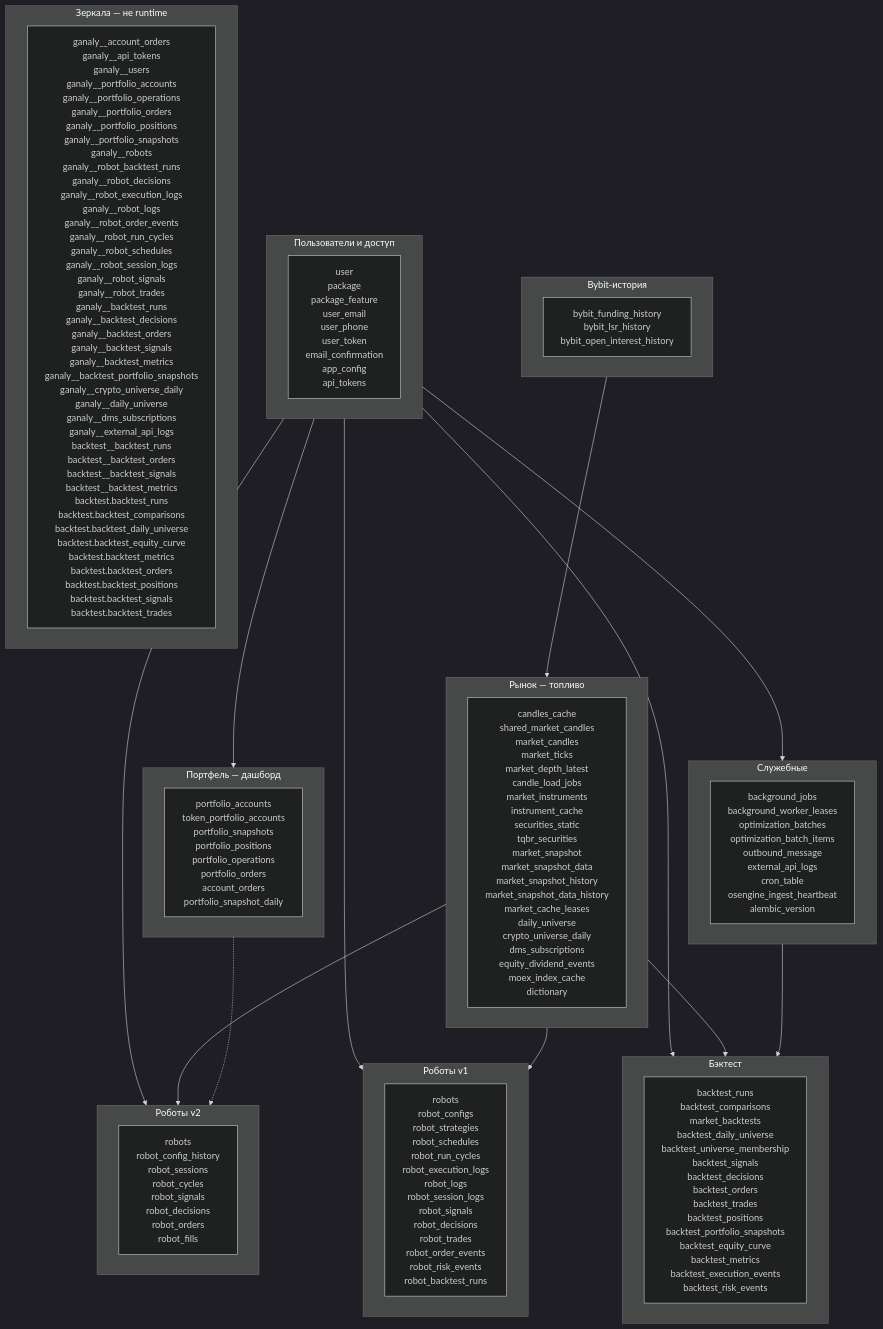
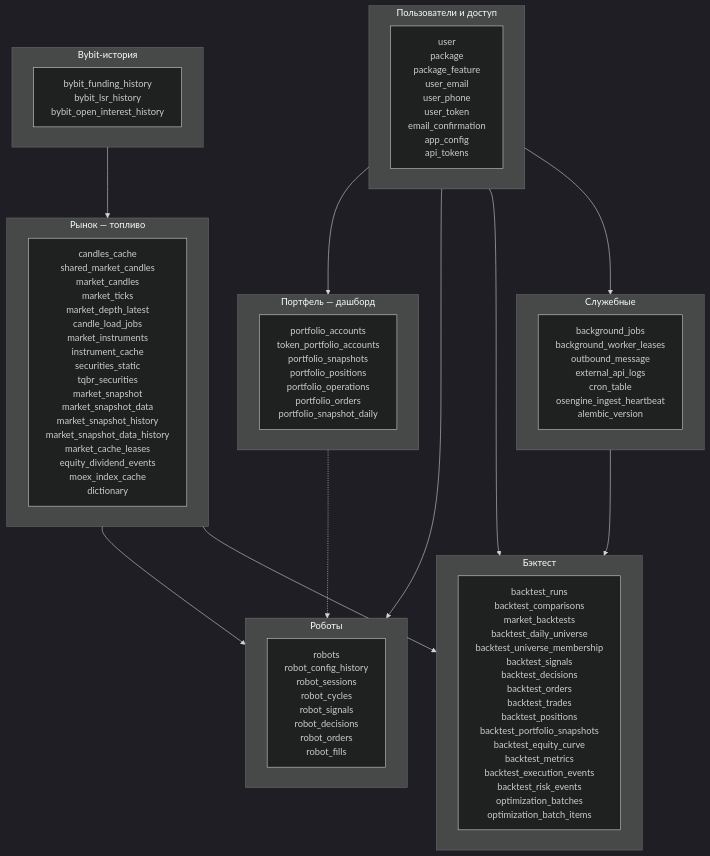
The first of 2 diagrams in docs/db/Текущая база данных.md (GYankovich/gin), drawn with Mermaid (dark theme) before and after one commit. The commit also changed other lines of this file and 28 other files, not shown here.

````diff
--- a/docs/db/Текущая база данных.md
+++ b/docs/db/Текущая база данных.md
@@ -49,50 +47,40 @@
 ```mermaid
 flowchart TB
   subgraph Access["Пользователи и доступ"]
     ACC["user<br/>package<br/>package_feature<br/>user_email<br/>user_phone<br/>user_token<br/>email_confirmation<br/>app_config<br/>api_tokens"]
   end
 
   subgraph Portfolio["Портфель — дашборд"]
-    PA["portfolio_accounts<br/>token_portfolio_accounts<br/>portfolio_snapshots<br/>portfolio_positions<br/>portfolio_operations<br/>portfolio_orders<br/>account_orders<br/>portfolio_snapshot_daily"]
+    PA["portfolio_accounts<br/>token_portfolio_accounts<br/>portfolio_snapshots<br/>portfolio_positions<br/>portfolio_operations<br/>portfolio_orders<br/>portfolio_snapshot_daily"]
   end
 
   subgraph Market["Рынок — топливо"]
-    MKT["candles_cache<br/>shared_market_candles<br/>market_candles<br/>market_ticks<br/>market_depth_latest<br/>candle_load_jobs<br/>market_instruments<br/>instrument_cache<br/>securities_static<br/>tqbr_securities<br/>market_snapshot<br/>market_snapshot_data<br/>market_snapshot_history<br/>market_snapshot_data_history<br/>market_cache_leases<br/>daily_universe<br/>crypto_universe_daily<br/>dms_subscriptions<br/>equity_dividend_events<br/>moex_index_cache<br/>dictionary"]
+    MKT["candles_cache<br/>shared_market_candles<br/>market_candles<br/>market_ticks<br/>market_depth_latest<br/>candle_load_jobs<br/>market_instruments<br/>instrument_cache<br/>securities_static<br/>tqbr_securities<br/>market_snapshot<br/>market_snapshot_data<br/>market_snapshot_history<br/>market_snapshot_data_history<br/>market_cache_leases<br/>equity_dividend_events<br/>moex_index_cache<br/>dictionary"]
   end
 
   subgraph Bybit["Bybit-история"]
     BYB["bybit_funding_history<br/>bybit_lsr_history<br/>bybit_open_interest_history"]
   end
 
-  subgraph RobotsV2["Роботы v2"]
-    R2["robots<br/>robot_config_history<br/>robot_sessions<br/>robot_cycles<br/>robot_signals<br/>robot_decisions<br/>robot_orders<br/>robot_fills"]
-  end
-
-  subgraph RobotsV1["Роботы v1"]
-    R1["robots<br/>robot_configs<br/>robot_strategies<br/>robot_schedules<br/>robot_run_cycles<br/>robot_execution_logs<br/>robot_logs<br/>robot_session_logs<br/>robot_signals<br/>robot_decisions<br/>robot_trades<br/>robot_order_events<br/>robot_risk_events<br/>robot_backtest_runs"]
+  subgraph Robots["Роботы"]
+    R["robots<br/>robot_config_history<br/>robot_sessions<br/>robot_cycles<br/>robot_signals<br/>robot_decisions<br/>robot_orders<br/>robot_fills"]
   end
 
   subgraph Backtest["Бэктест"]
-    BT["backtest_runs<br/>backtest_comparisons<br/>market_backtests<br/>backtest_daily_universe<br/>backtest_universe_membership<br/>backtest_signals<br/>backtest_decisions<br/>backtest_orders<br/>backtest_trades<br/>backtest_positions<br/>backtest_portfolio_snapshots<br/>backtest_equity_curve<br/>backtest_metrics<br/>backtest_execution_events<br/>backtest_risk_events"]
+    BT["backtest_runs<br/>backtest_comparisons<br/>market_backtests<br/>backtest_daily_universe<br/>backtest_universe_membership<br/>backtest_signals<br/>backtest_decisions<br/>backtest_orders<br/>backtest_trades<br/>backtest_positions<br/>backtest_portfolio_snapshots<br/>backtest_equity_curve<br/>backtest_metrics<br/>backtest_execution_events<br/>backtest_risk_events<br/>optimization_batches<br/>optimization_batch_items"]
   end
 
   subgraph Ops["Служебные"]
-    OPS["background_jobs<br/>background_worker_leases<br/>optimization_batches<br/>optimization_batch_items<br/>outbound_message<br/>external_api_logs<br/>cron_table<br/>osengine_ingest_heartbeat<br/>alembic_version"]
-  end
-
-  subgraph Mirrors["Зеркала — не runtime"]
-    MIR["ganaly__account_orders<br/>ganaly__api_tokens<br/>ganaly__users<br/>ganaly__portfolio_accounts<br/>ganaly__portfolio_operations<br/>ganaly__portfolio_orders<br/>ganaly__portfolio_positions<br/>ganaly__portfolio_snapshots<br/>ganaly__robots<br/>ganaly__robot_backtest_runs<br/>ganaly__robot_decisions<br/>ganaly__robot_execution_logs<br/>ganaly__robot_logs<br/>ganaly__robot_order_events<br/>ganaly__robot_run_cycles<br/>ganaly__robot_schedules<br/>ganaly__robot_session_logs<br/>ganaly__robot_signals<br/>ganaly__robot_trades<br/>ganaly__backtest_runs<br/>ganaly__backtest_decisions<br/>ganaly__backtest_orders<br/>ganaly__backtest_signals<br/>ganaly__backtest_metrics<br/>ganaly__backtest_portfolio_snapshots<br/>ganaly__crypto_universe_daily<br/>ganaly__daily_universe<br/>ganaly__dms_subscriptions<br/>ganaly__external_api_logs<br/>backtest__backtest_runs<br/>backtest__backtest_orders<br/>backtest__backtest_signals<br/>backtest__backtest_metrics<br/>backtest.backtest_runs<br/>backtest.backtest_comparisons<br/>backtest.backtest_daily_universe<br/>backtest.backtest_equity_curve<br/>backtest.backtest_metrics<br/>backtest.backtest_orders<br/>backtest.backtest_positions<br/>backtest.backtest_signals<br/>backtest.backtest_trades"]
+    OPS["background_jobs<br/>background_worker_leases<br/>outbound_message<br/>external_api_logs<br/>cron_table<br/>osengine_ingest_heartbeat<br/>alembic_version"]
   end
 
   Access --> Portfolio
-  Access --> RobotsV2
-  Access --> RobotsV1
+  Access --> Robots
   Access --> Backtest
   Bybit --> Market
-  Market --> RobotsV2
-  Market --> RobotsV1
+  Market --> Robots
   Market --> Backtest
-  Portfolio -.-> RobotsV2
+  Portfolio -.-> Robots
   Ops --> Backtest
   Access --> Ops
 ```
````
